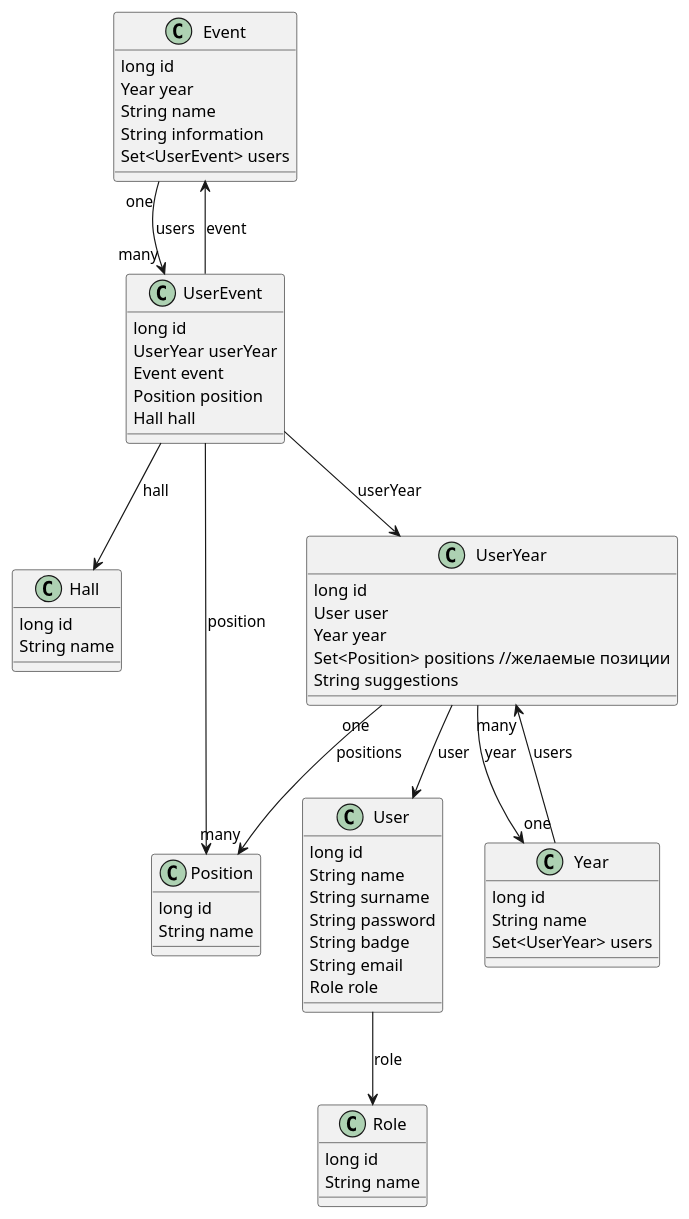
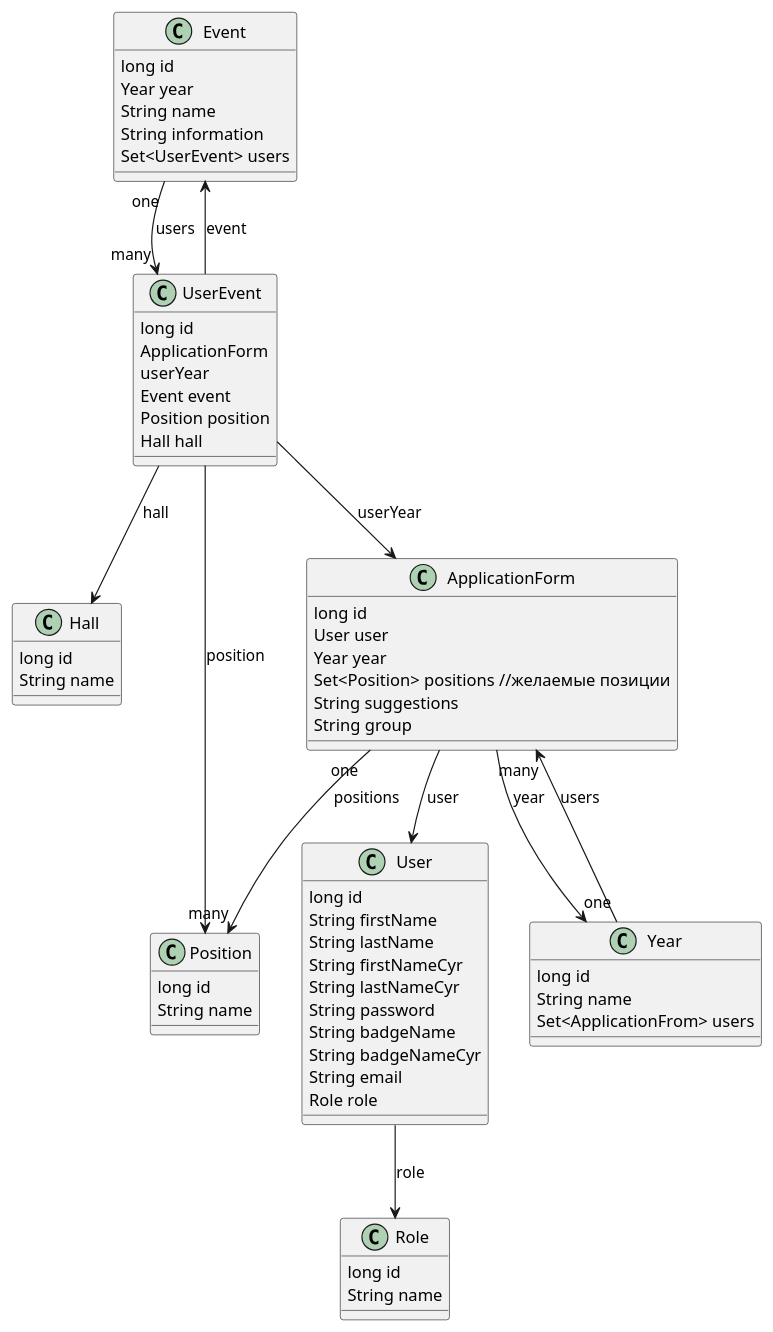
Before and after one commit to NEERC/volunteers: the diagram in database.puml, drawn with PlantUML. The commit also changed 9 other files, not shown here.

```diff
--- a/database.puml
+++ b/database.puml
@@ -2,72 +2,77 @@
 @startuml
 
 class Event {
     long id
     Year year
     String name
     String information
     Set<UserEvent> users
 }
 
 class Hall {
     long id
     String name
 }
 
 class Position {
     long id
     String name
 }
 
 class Role {
     long id
     String name
 }
 
 class User {
     long id
-    String name
-    String surname
+    String firstName
+    String lastName
+    String firstNameCyr
+    String lastNameCyr
     String password
-    String badge
+    String badgeName
+    String badgeNameCyr
     String email
     Role role
 }
 
 class UserEvent {
     long id
-    UserYear userYear
+    ApplicationForm
+    userYear
     Event event
     Position position
     Hall hall
 }
 
-class UserYear {
+class ApplicationForm {
     long id
     User user
     Year year
     Set<Position> positions //желаемые позиции
     String suggestions
+    String group
 }
 
 class Year {
     long id
     String name
-    Set<UserYear> users
+    Set<ApplicationFrom> users
 }
 
 User --> Role : role
-UserYear "one" --> "many" Position : positions
-UserYear --> User : user
-Year "one" --> "many" UserYear : users
+ApplicationForm "one" --> "many" Position : positions
+ApplicationForm --> User : user
+Year "one" --> "many" ApplicationForm : users
 
-UserYear --> Year : year
+ApplicationForm --> Year : year
 
-UserEvent --> UserYear : userYear
+UserEvent --> ApplicationForm : userYear
 UserEvent --> Hall : hall
 UserEvent --> Position : position
 UserEvent --> Event : event
 
 Event "one" --> "many" UserEvent : users
 
 @enduml
```
